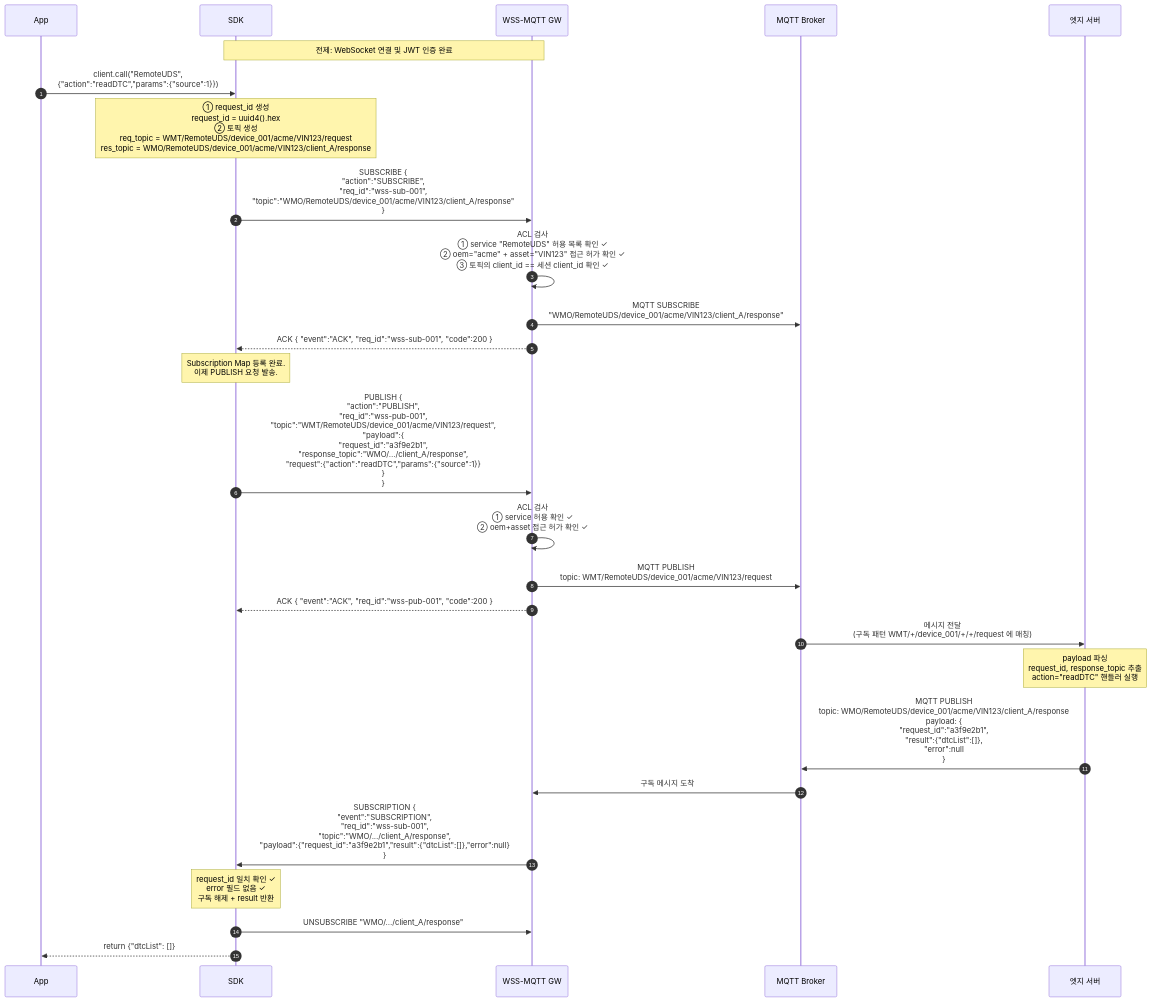
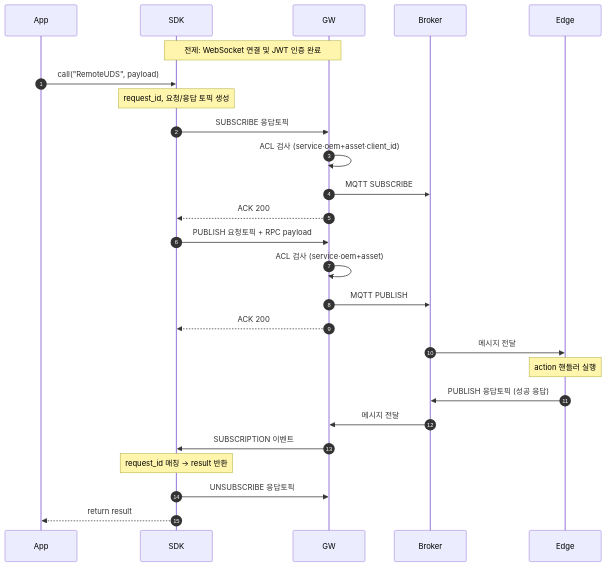
One commit to DongEunKim/MQTT-WSS-API changed the first of 11 diagrams in docs/RPC_SEQUENCE_DIAGRAMS.md. Above: the diagram before and after it, drawn with Mermaid. The commit also changed other lines of this file, not shown here.

First line of the commit message:
docs: RPC 시퀀스 다이어그램 가독성 개선 (화살표 레이블 축약, 사양 분리)

````diff
--- a/docs/RPC_SEQUENCE_DIAGRAMS.md
+++ b/docs/RPC_SEQUENCE_DIAGRAMS.md
@@ -92,43 +35,37 @@
 ```mermaid
 sequenceDiagram
     autonumber
     participant App
     participant SDK
-    participant GW as WSS-MQTT GW
-    participant Broker as MQTT Broker
-    participant Edge as 엣지 서버
+    participant GW
+    participant Broker
+    participant Edge
 
     Note over SDK,GW: 전제: WebSocket 연결 및 JWT 인증 완료
 
-    App->>SDK: client.call("RemoteUDS",<br/>{"action":"readDTC","params":{"source":1}})
+    App->>SDK: call("RemoteUDS", payload)
 
-    Note over SDK: ① request_id 생성<br/>request_id = uuid4().hex<br/>② 토픽 생성<br/>req_topic = WMT/RemoteUDS/device_001/acme/VIN123/request<br/>res_topic = WMO/RemoteUDS/device_001/acme/VIN123/client_A/response
+    Note over SDK: request_id, 요청/응답 토픽 생성
 
-    SDK->>GW: SUBSCRIBE {<br/>  "action":"SUBSCRIBE",<br/>  "req_id":"wss-sub-001",<br/>  "topic":"WMO/RemoteUDS/device_001/acme/VIN123/client_A/response"<br/>}
+    SDK->>GW: SUBSCRIBE 응답토픽
+    GW->>GW: ACL 검사 (service·oem+asset·client_id)
+    GW->>Broker: MQTT SUBSCRIBE
+    GW-->>SDK: ACK 200
 
-    GW->>GW: ACL 검사<br/>① service "RemoteUDS" 허용 목록 확인 ✓<br/>② oem="acme" + asset="VIN123" 접근 허가 확인 ✓<br/>③ 토픽의 client_id == 세션 client_id 확인 ✓
-    GW->>Broker: MQTT SUBSCRIBE<br/>"WMO/RemoteUDS/device_001/acme/VIN123/client_A/response"
-    GW-->>SDK: ACK { "event":"ACK", "req_id":"wss-sub-001", "code":200 }
+    SDK->>GW: PUBLISH 요청토픽 + RPC payload
+    GW->>GW: ACL 검사 (service·oem+asset)
+    GW->>Broker: MQTT PUBLISH
+    GW-->>SDK: ACK 200
 
-    Note over SDK: Subscription Map 등록 완료.<br/>이제 PUBLISH 요청 발송.
+    Broker->>Edge: 메시지 전달
+    Note over Edge: action 핸들러 실행
 
-    SDK->>GW: PUBLISH {<br/>  "action":"PUBLISH",<br/>  "req_id":"wss-pub-001",<br/>  "topic":"WMT/RemoteUDS/device_001/acme/VIN123/request",<br/>  "payload":{<br/>    "request_id":"a3f9e2b1",<br/>    "response_topic":"WMO/.../client_A/response",<br/>    "request":{"action":"readDTC","params":{"source":1}}<br/>  }<br/>}
+    Edge->>Broker: PUBLISH 응답토픽 (성공 응답)
+    Broker->>GW: 메시지 전달
+    GW->>SDK: SUBSCRIPTION 이벤트
 
-    GW->>GW: ACL 검사<br/>① service 허용 확인 ✓<br/>② oem+asset 접근 허가 확인 ✓
-    GW->>Broker: MQTT PUBLISH<br/>topic: WMT/RemoteUDS/device_001/acme/VIN123/request
-    GW-->>SDK: ACK { "event":"ACK", "req_id":"wss-pub-001", "code":200 }
+    Note over SDK: request_id 매칭 → result 반환
 
-    Broker->>Edge: 메시지 전달<br/>(구독 패턴 WMT/+/device_001/+/+/request 에 매칭)
-
-    Note over Edge: payload 파싱<br/>request_id, response_topic 추출<br/>action="readDTC" 핸들러 실행
-
-    Edge->>Broker: MQTT PUBLISH<br/>topic: WMO/RemoteUDS/device_001/acme/VIN123/client_A/response<br/>payload: {<br/>  "request_id":"a3f9e2b1",<br/>  "result":{"dtcList":[]},<br/>  "error":null<br/>}
-
-    Broker->>GW: 구독 메시지 도착
-    GW->>SDK: SUBSCRIPTION {<br/>  "event":"SUBSCRIPTION",<br/>  "req_id":"wss-sub-001",<br/>  "topic":"WMO/.../client_A/response",<br/>  "payload":{"request_id":"a3f9e2b1","result":{"dtcList":[]},"error":null}<br/>}
-
-    Note over SDK: request_id 일치 확인 ✓<br/>error 필드 없음 ✓<br/>구독 해제 + result 반환
-
-    SDK->>GW: UNSUBSCRIBE "WMO/.../client_A/response"
-    SDK-->>App: return {"dtcList": []}
+    SDK->>GW: UNSUBSCRIBE 응답토픽
+    SDK-->>App: return result
 ```
````
